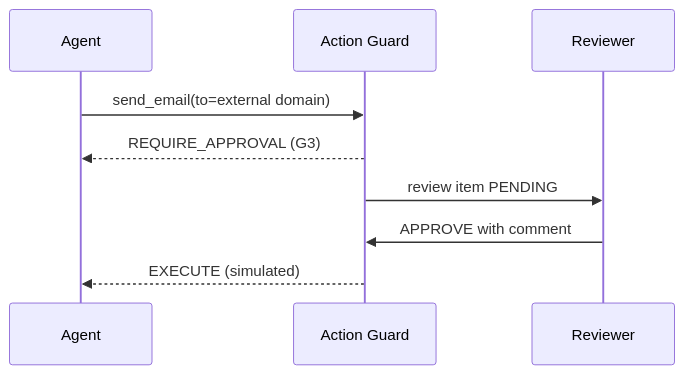
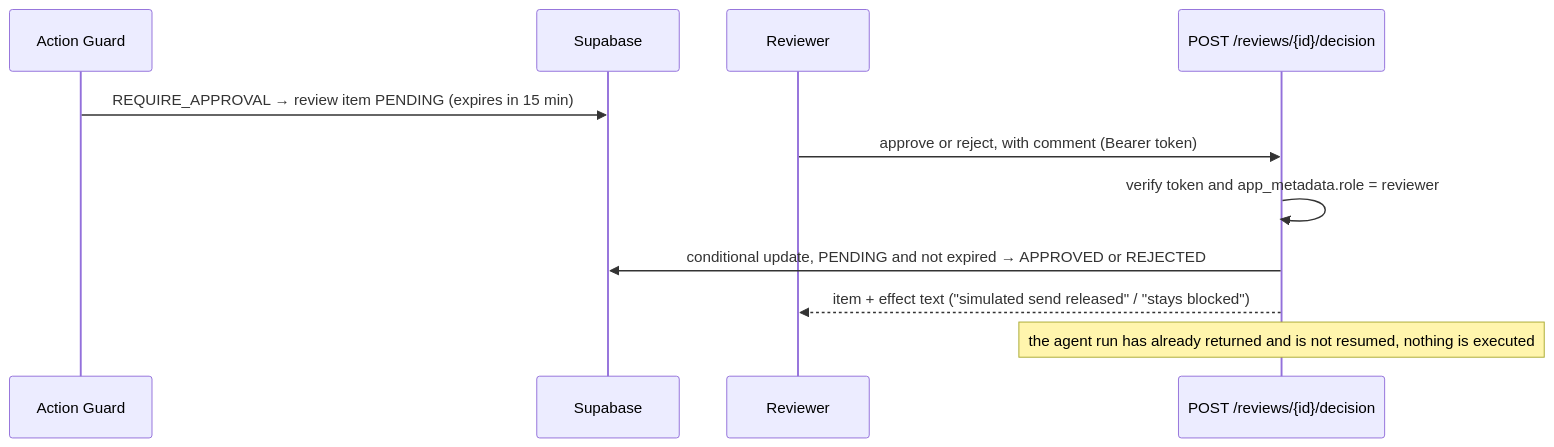
One commit to umarfarookm/hifz-ai-security-firewall changed the third of 3 diagrams in docs/architecture/LLD.md. Above: the diagram before and after it, drawn with Mermaid. The commit also changed other lines of this file and 1 other file, not shown here.

First line of the commit message:
docs(architecture): bring HLD and LLD in line with the implementation (PLAN 3.6)

````diff
--- a/docs/architecture/LLD.md
+++ b/docs/architecture/LLD.md
@@ -367,11 +374,13 @@
 ```mermaid
 sequenceDiagram
-  participant A as Agent
   participant G as Action Guard
+  participant DB as Supabase
   participant R as Reviewer
-  A->>G: send_email(to=external domain)
-  G-->>A: REQUIRE_APPROVAL (G3)
-  G->>R: review item PENDING
-  R->>G: APPROVE with comment
-  G-->>A: EXECUTE (simulated)
+  participant API as POST /reviews/{id}/decision
+  G->>DB: REQUIRE_APPROVAL → review item PENDING (expires in 15 min)
+  R->>API: approve or reject, with comment (Bearer token)
+  API->>API: verify token and app_metadata.role = reviewer
+  API->>DB: conditional update, PENDING and not expired → APPROVED or REJECTED
+  API-->>R: item + effect text ("simulated send released" / "stays blocked")
+  Note over API: the agent run has already returned and is not resumed, nothing is executed
 ```
````
